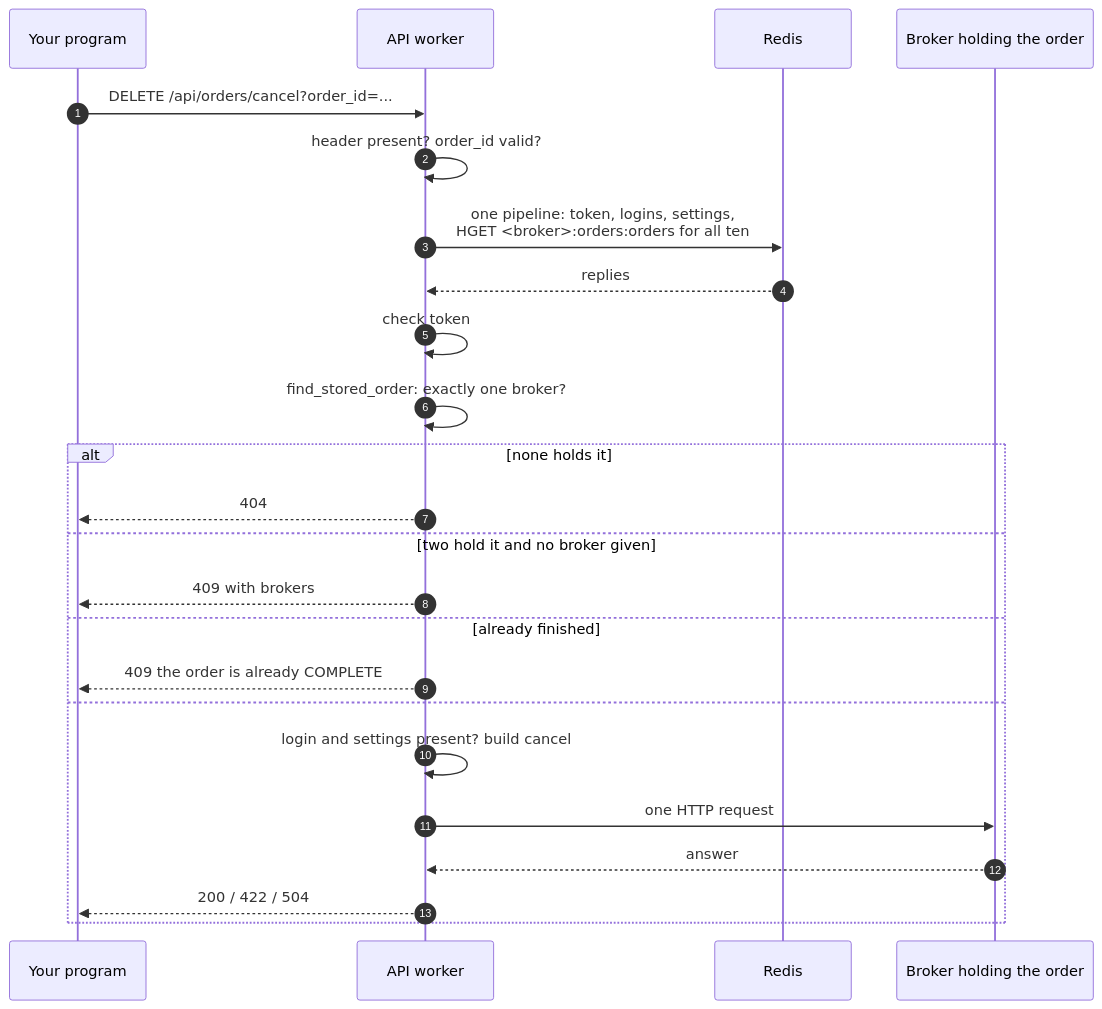
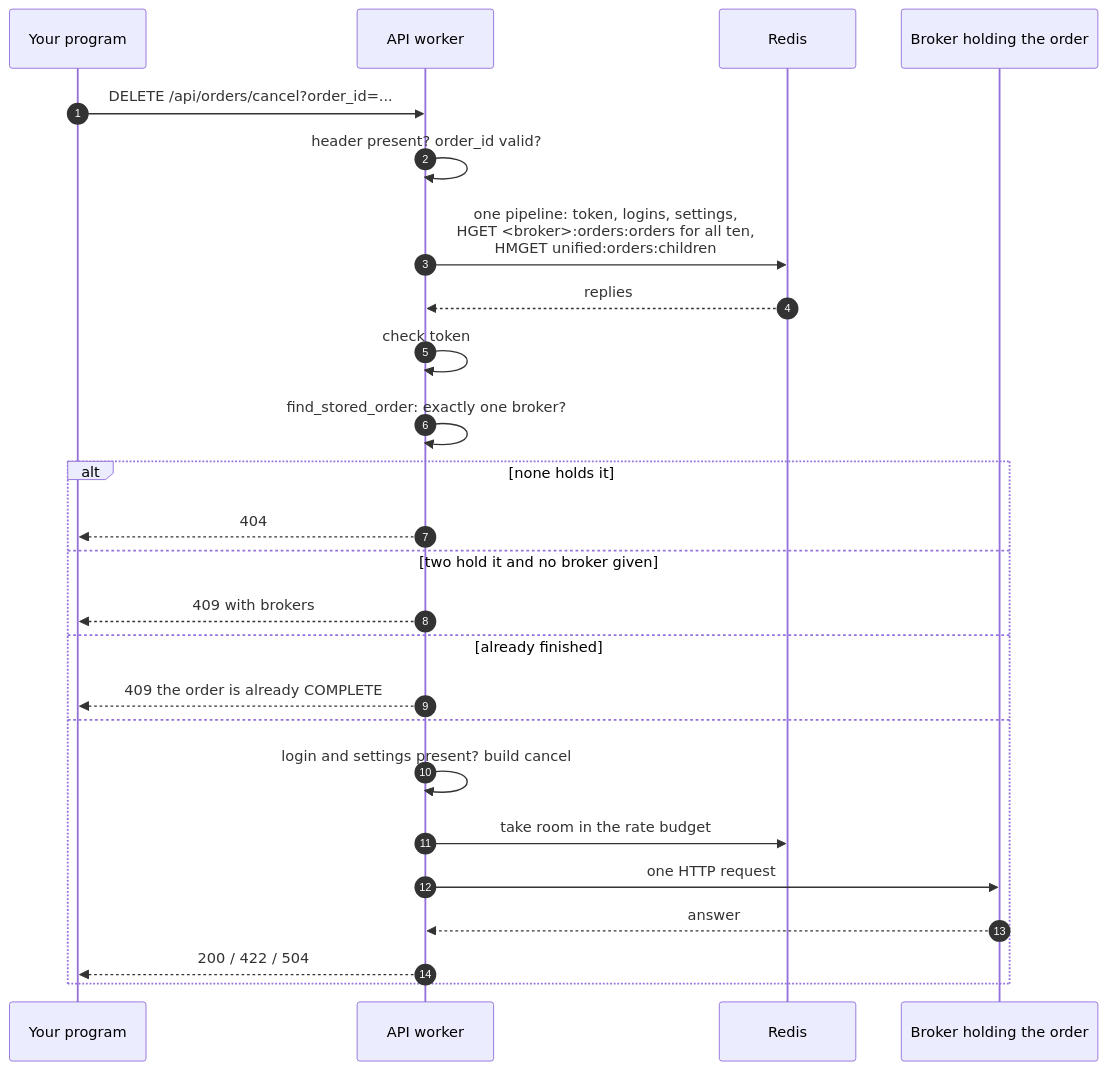
The second of 4 diagrams in docs/rest-api/orders.md (pramodathani/unified_broker_interface), drawn with Mermaid before and after one commit. The commit also changed other lines of this file and 28 other files, not shown here.

````diff
--- a/docs/rest-api/orders.md
+++ b/docs/rest-api/orders.md
@@ -976,26 +994,27 @@
 ```mermaid
 sequenceDiagram
     autonumber
     participant C as Your program
     participant A as API worker
     participant R as Redis
     participant B as Broker holding the order
     C->>A: DELETE /api/orders/cancel?order_id=...
     A->>A: header present? order_id valid?
-    A->>R: one pipeline: token, logins, settings,<br/>HGET <broker>:orders:orders for all ten
+    A->>R: one pipeline: token, logins, settings,<br/>HGET <broker>:orders:orders for all ten,<br/>HMGET unified:orders:children
     R-->>A: replies
     A->>A: check token
     A->>A: find_stored_order: exactly one broker?
     alt none holds it
         A-->>C: 404
     else two hold it and no broker given
         A-->>C: 409 with brokers
     else already finished
         A-->>C: 409 the order is already COMPLETE
     else
         A->>A: login and settings present? build cancel
+        A->>R: take room in the rate budget
         A->>B: one HTTP request
         B-->>A: answer
         A-->>C: 200 / 422 / 504
     end
 ```
````
